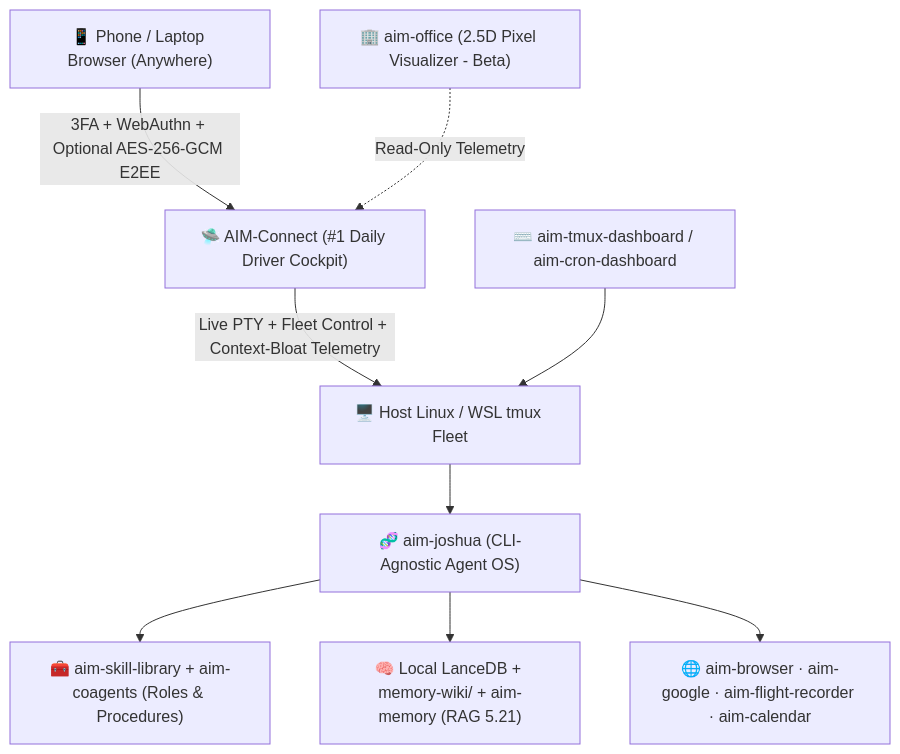
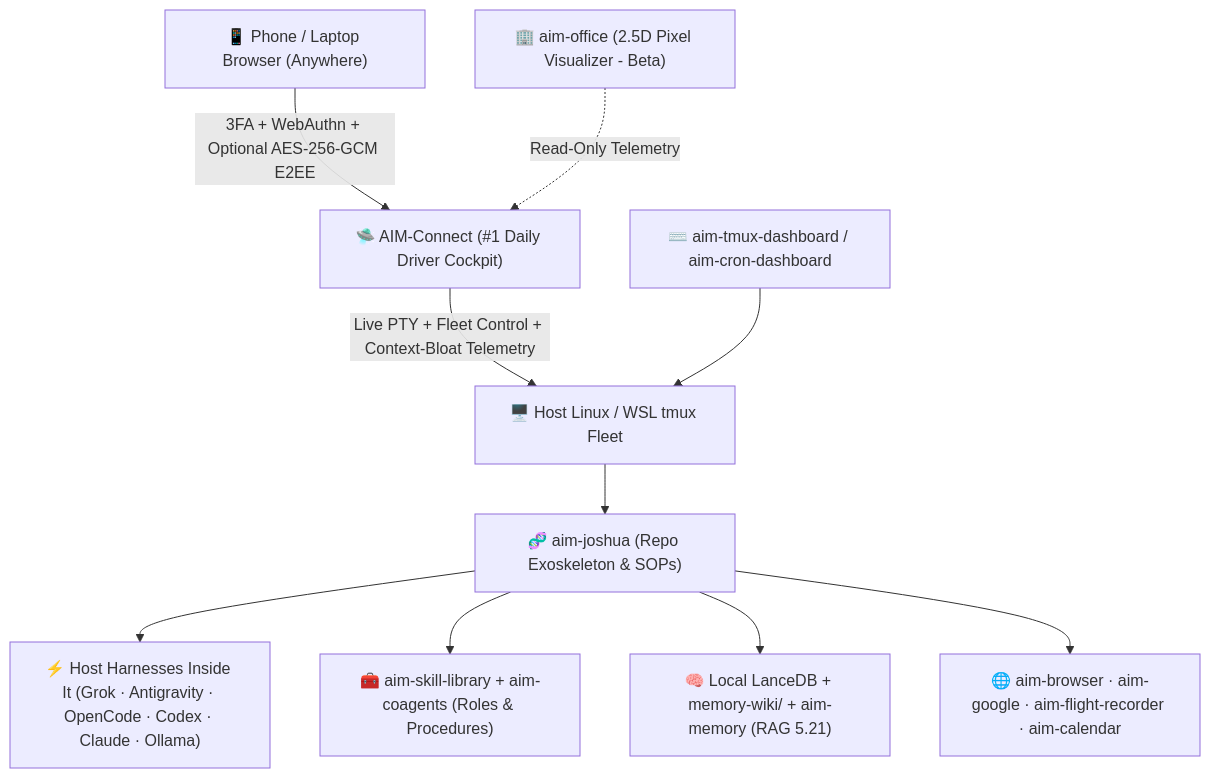
One commit to BrianV1981/aim-ecosystem changed the diagram in README.md. Above: the diagram before and after it, drawn with Mermaid. The commit also changed other lines of this file, not shown here.

Commit message:
docs(readme): reframe JOSHUA as SOP/memory exoskeleton vs BMAD/Beads/Mem0 and add model-agnostic Grok Bot stack comparison

````diff
--- a/README.md
+++ b/README.md
@@ -28,11 +28,12 @@
 ```mermaid
 flowchart TD
     Browser["📱 Phone / Laptop Browser (Anywhere)"] -->|"3FA + WebAuthn + Optional AES-256-GCM E2EE"| Connect["🛸 AIM-Connect (#1 Daily Driver Cockpit)"]
     Connect -->|"Live PTY + Fleet Control + Context-Bloat Telemetry"| Tmux["🖥️ Host Linux / WSL tmux Fleet"]
     Dash["⌨️ aim-tmux-dashboard / aim-cron-dashboard"] --> Tmux
     Office["🏢 aim-office (2.5D Pixel Visualizer - Beta)"] -.->|"Read-Only Telemetry"| Connect
-    Tmux --> Joshua["🧬 aim-joshua (CLI-Agnostic Agent OS)"]
+    Tmux --> Joshua["🧬 aim-joshua (Repo Exoskeleton & SOPs)"]
+    Joshua --> Harnesses["⚡ Host Harnesses Inside It (Grok · Antigravity · OpenCode · Codex · Claude · Ollama)"]
     Joshua --> Skills["🧰 aim-skill-library + aim-coagents (Roles & Procedures)"]
     Joshua --> Memory["🧠 Local LanceDB + memory-wiki/ + aim-memory (RAG 5.21)"]
     Joshua --> Tools["🌐 aim-browser · aim-google · aim-flight-recorder · aim-calendar"]
 ```
````
